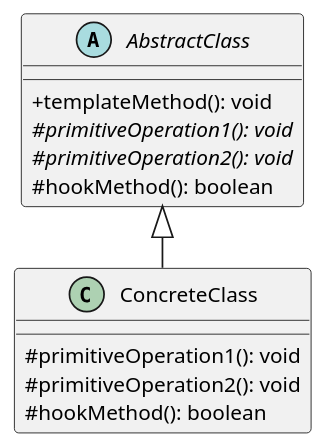
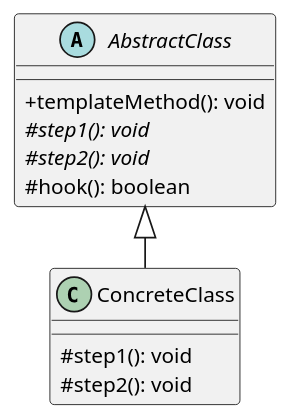
Diagram 16 of 20 in 02-visual-diagrams/03-设计模式核心图谱与真题命题密码.md (cpsa3/software-designer-fast-pass), drawn with PlantUML before and after one commit. The commit also changed other lines of this file, not shown here.

````diff
--- a/02-visual-diagrams/03-设计模式核心图谱与真题命题密码.md
+++ b/02-visual-diagrams/03-设计模式核心图谱与真题命题密码.md
@@ -1196,21 +738,20 @@
 ```plantuml
 @startuml
 !pragma layout smetana
 skinparam dpi 125
 skinparam defaultFontSize 12
 skinparam classAttributeIconSize 0
 
 abstract class AbstractClass {
     + templateMethod(): void
-    # {abstract} primitiveOperation1(): void
-    # {abstract} primitiveOperation2(): void
-    # hookMethod(): boolean
+    # {abstract} step1(): void
+    # {abstract} step2(): void
+    # hook(): boolean
 }
 
 class ConcreteClass extends AbstractClass {
-    # primitiveOperation1(): void
-    # primitiveOperation2(): void
-    # hookMethod(): boolean
+    # step1(): void
+    # step2(): void
 }
 @enduml
 ```
````
